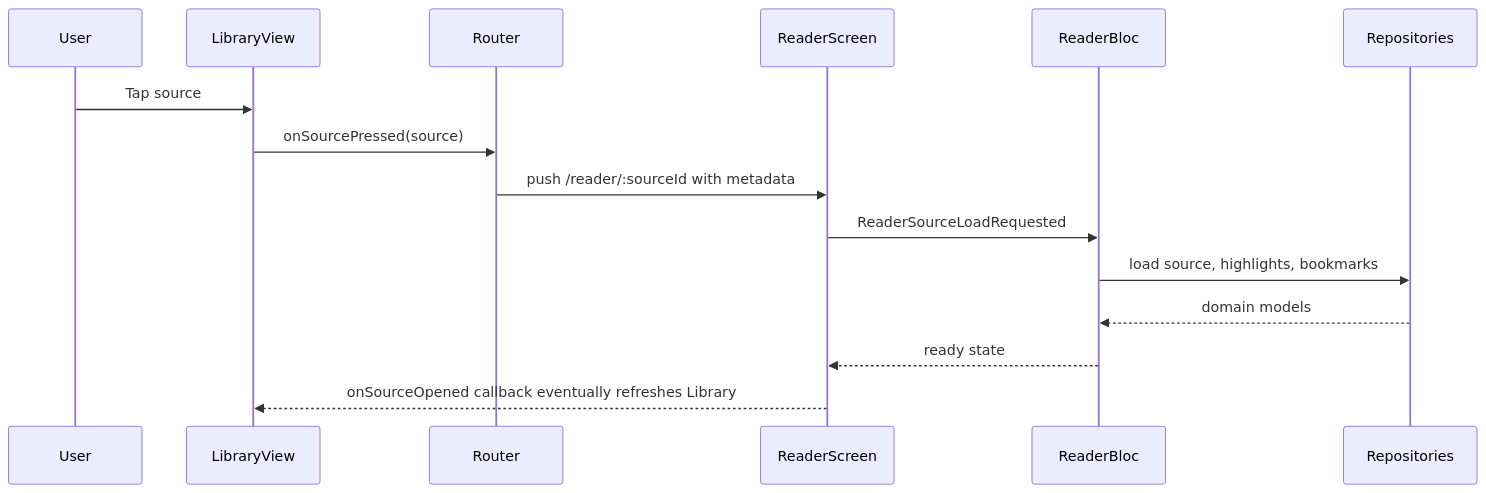
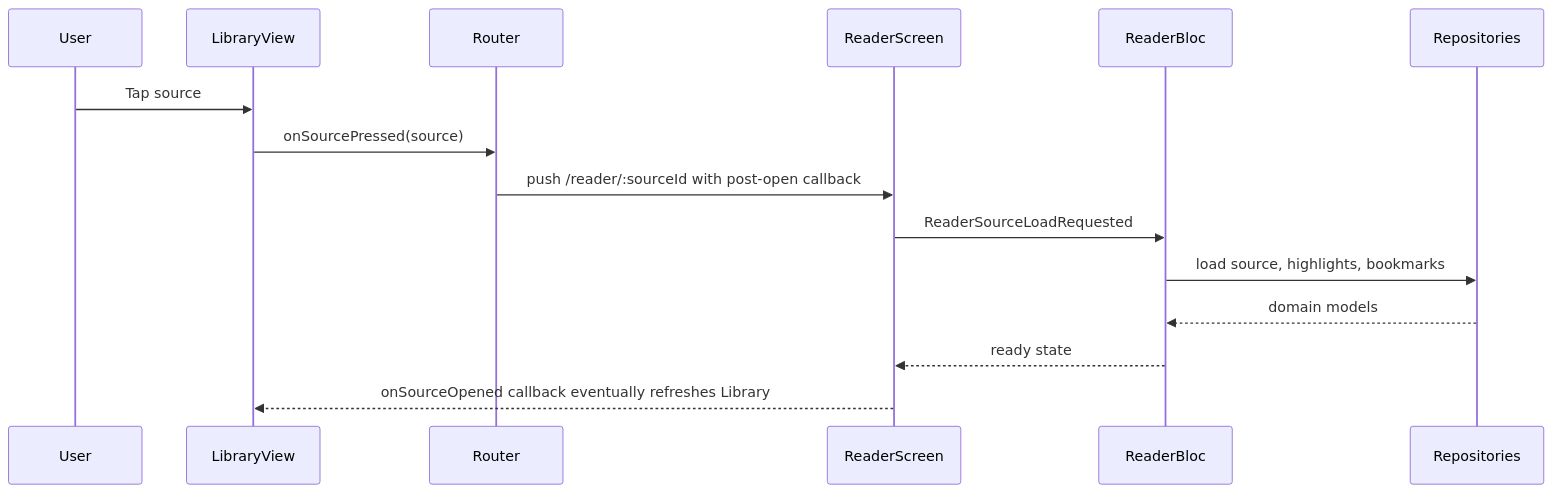
The sixth of 8 diagrams in C4_MODEL.md (abra/readflex), drawn with Mermaid before and after one commit. The commit also changed other lines of this file and 57 other files, not shown here.

````diff
--- a/C4_MODEL.md
+++ b/C4_MODEL.md
@@ -200,18 +205,18 @@
 ```mermaid
 sequenceDiagram
   participant User
   participant LibraryView
   participant Router
   participant ReaderScreen
   participant ReaderBloc
   participant Repositories
 
   User->>LibraryView: Tap source
   LibraryView->>Router: onSourcePressed(source)
-  Router->>ReaderScreen: push /reader/:sourceId with metadata
+  Router->>ReaderScreen: push /reader/:sourceId with post-open callback
   ReaderScreen->>ReaderBloc: ReaderSourceLoadRequested
   ReaderBloc->>Repositories: load source, highlights, bookmarks
   Repositories-->>ReaderBloc: domain models
   ReaderBloc-->>ReaderScreen: ready state
   ReaderScreen-->>LibraryView: onSourceOpened callback eventually refreshes Library
 ```
````
